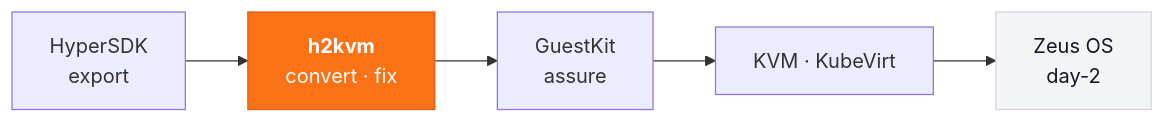
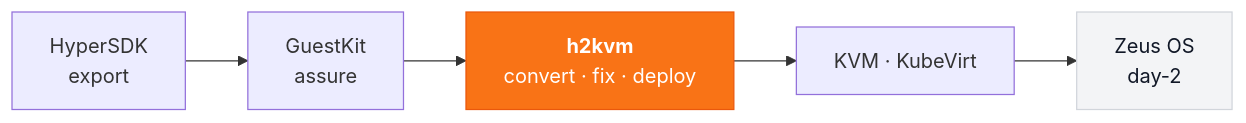
One commit to zyvorai/h2kvm changed the diagram in README.md. Above: the diagram before and after it, drawn with Mermaid. The commit also changed other lines of this file and 14 other files, not shown here.

First line of the commit message:
Document GuestKit integration, remote deploy, and permissions in depth.

````diff
--- a/README.md
+++ b/README.md
@@ -200,12 +257,12 @@
 ```mermaid
 flowchart LR
-    H["HyperSDK<br/>export"] --> K["<b>h2kvm</b><br/>convert · fix"]
-    K --> G["GuestKit<br/>assure"]
-    G --> T["KVM · KubeVirt"]
+    H["HyperSDK<br/>export"] --> G["GuestKit<br/>assure"]
+    G --> K["<b>h2kvm</b><br/>convert · fix · deploy"]
+    K --> T["KVM · KubeVirt"]
     T --> Z["Zeus OS<br/>day-2"]
 
     classDef accent fill:#F97316,stroke:#EA580C,color:#fff;
     classDef muted fill:#F3F4F6,stroke:#D1D5DB,color:#111827;
     class K accent;
     class Z muted;
 ```
````
